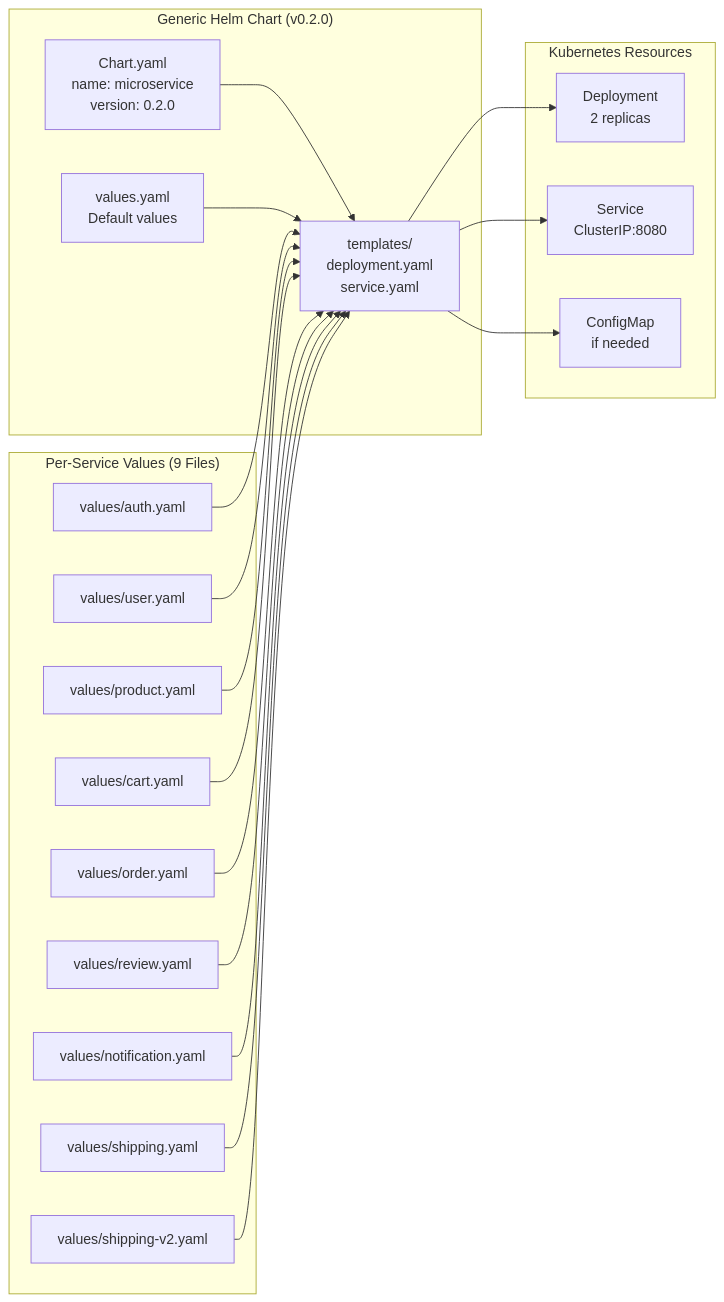
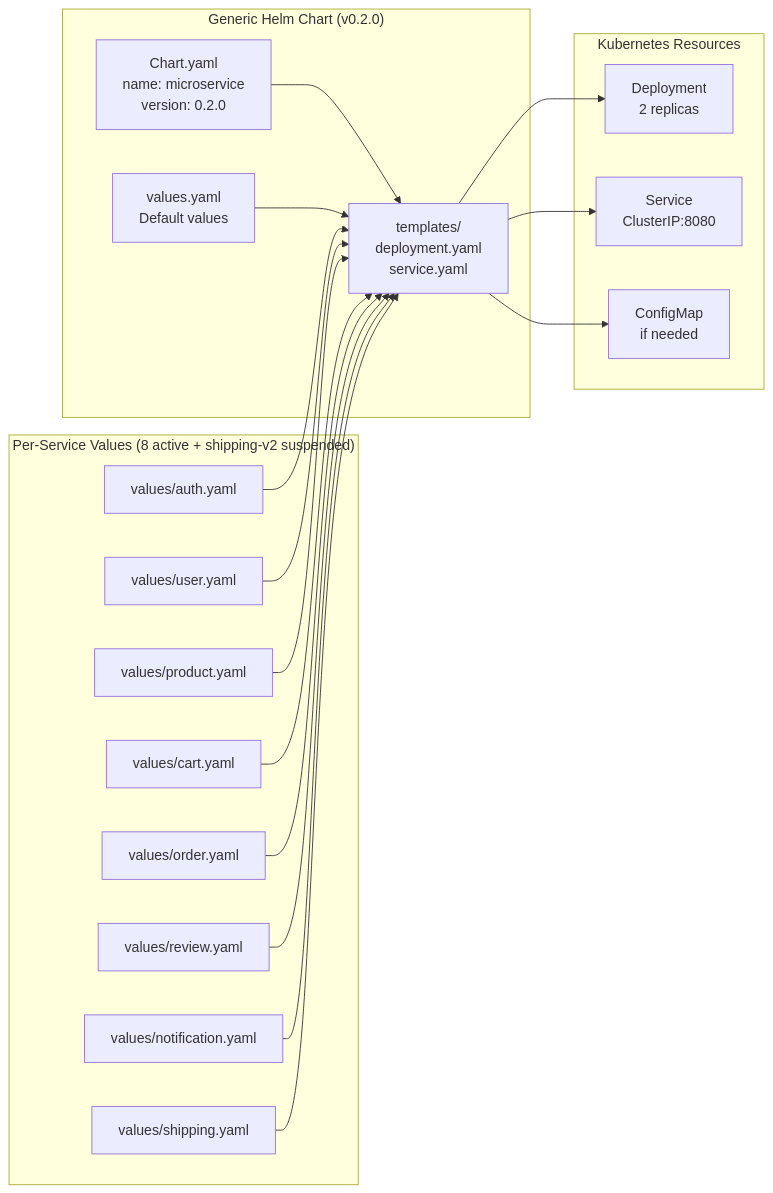
The third of 5 diagrams in specs/system-context/01-architecture-overview.md (duynhlab/homelab), drawn with Mermaid before and after one commit. The commit also changed other lines of this file and 57 other files, not shown here.

Commit message:
Remove shipping-v2 service and related references docs

````diff
--- a/specs/system-context/01-architecture-overview.md
+++ b/specs/system-context/01-architecture-overview.md
@@ -187,42 +187,40 @@
 ```mermaid
 flowchart LR
     subgraph "Generic Helm Chart (v0.2.0)"
         ChartYAML[Chart.yaml<br/>name: microservice<br/>version: 0.2.0]
         ValuesDefault[values.yaml<br/>Default values]
         Templates[templates/<br/>deployment.yaml<br/>service.yaml]
     end
 
-    subgraph "Per-Service Values (9 Files)"
+    subgraph "Per-Service Values (8 active + shipping-v2 suspended)"
         ValuesAuth[values/auth.yaml]
         ValuesUser[values/user.yaml]
         ValuesProduct[values/product.yaml]
         ValuesCart[values/cart.yaml]
         ValuesOrder[values/order.yaml]
         ValuesReview[values/review.yaml]
         ValuesNotification[values/notification.yaml]
         ValuesShipping[values/shipping.yaml]
-        ValuesShippingV2[values/shipping-v2.yaml]
     end
 
     subgraph "Kubernetes Resources"
         Deployment[Deployment<br/>2 replicas]
         Service[Service<br/>ClusterIP:8080]
         ConfigMap[ConfigMap<br/>if needed]
     end
 
     ChartYAML --> Templates
     ValuesDefault --> Templates
     ValuesAuth --> Templates
     ValuesUser --> Templates
     ValuesProduct --> Templates
     ValuesCart --> Templates
     ValuesOrder --> Templates
     ValuesReview --> Templates
     ValuesNotification --> Templates
     ValuesShipping --> Templates
-    ValuesShippingV2 --> Templates
 
     Templates --> Deployment
     Templates --> Service
     Templates --> ConfigMap
 ```
````
